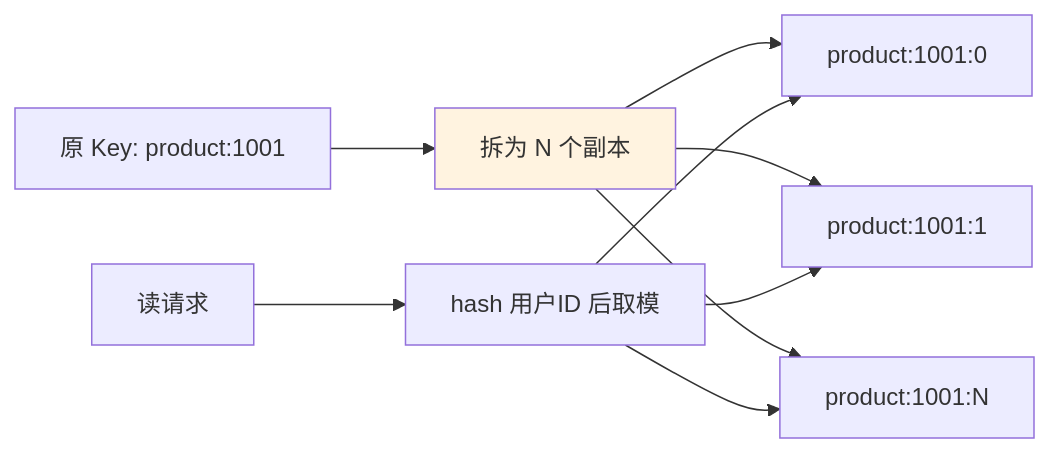
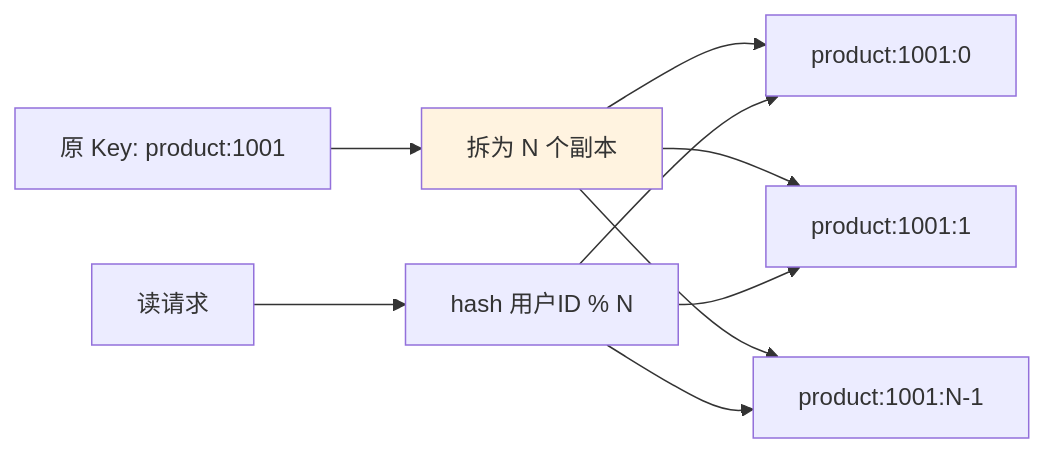
One commit to chongyang211/YCBookBlog changed diagram 13 of 18 in docs/10.真经/05.方案设计思想/04.缓存架构设计思想.md. Above: the diagram before and after it, drawn with Mermaid. The commit also changed other lines of this file and 36 other files, not shown here.

````diff
--- a/docs/10.真经/05.方案设计思想/04.缓存架构设计思想.md
+++ b/docs/10.真经/05.方案设计思想/04.缓存架构设计思想.md
@@ -569,14 +984,14 @@
 ```mermaid
 graph LR
     A[原 Key: product:1001] --> B[拆为 N 个副本]
     B --> C[product:1001:0]
     B --> D[product:1001:1]
-    B --> E[product:1001:N]
+    B --> E[product:1001:N-1]
     
-    Read[读请求] --> Hash[hash 用户ID 后取模]
+    Read[读请求] --> Hash[hash 用户ID % N]
     Hash --> C
     Hash --> D
     Hash --> E
     
     style B fill:#fff3e0
 ```
````
